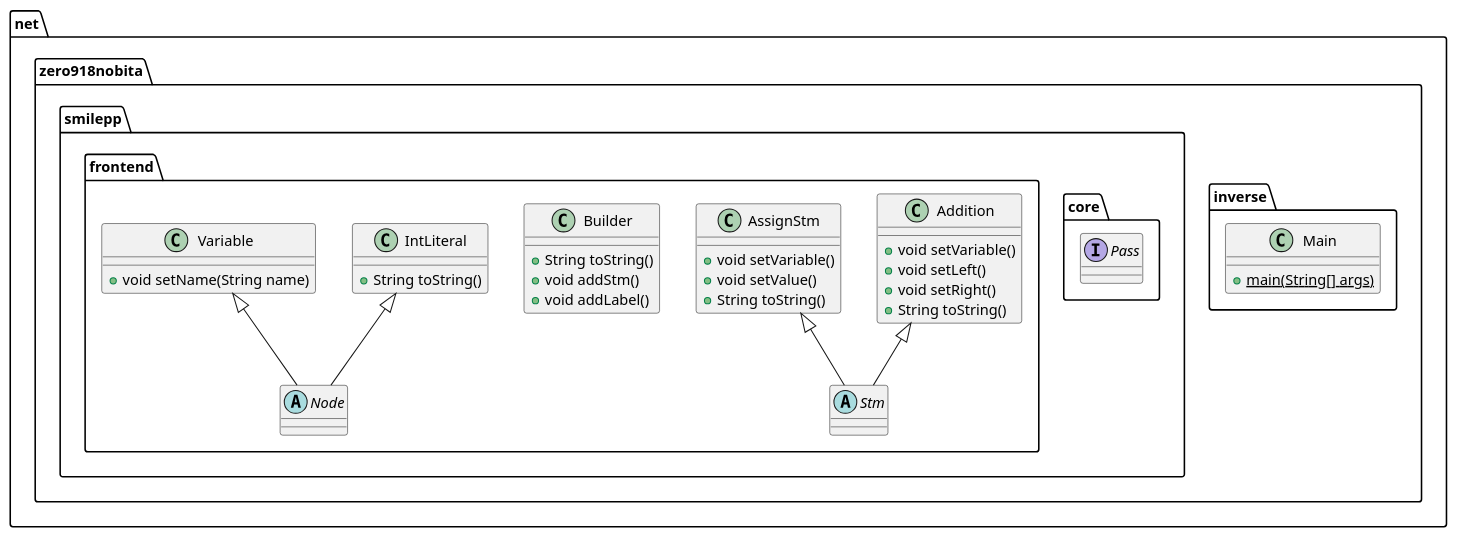
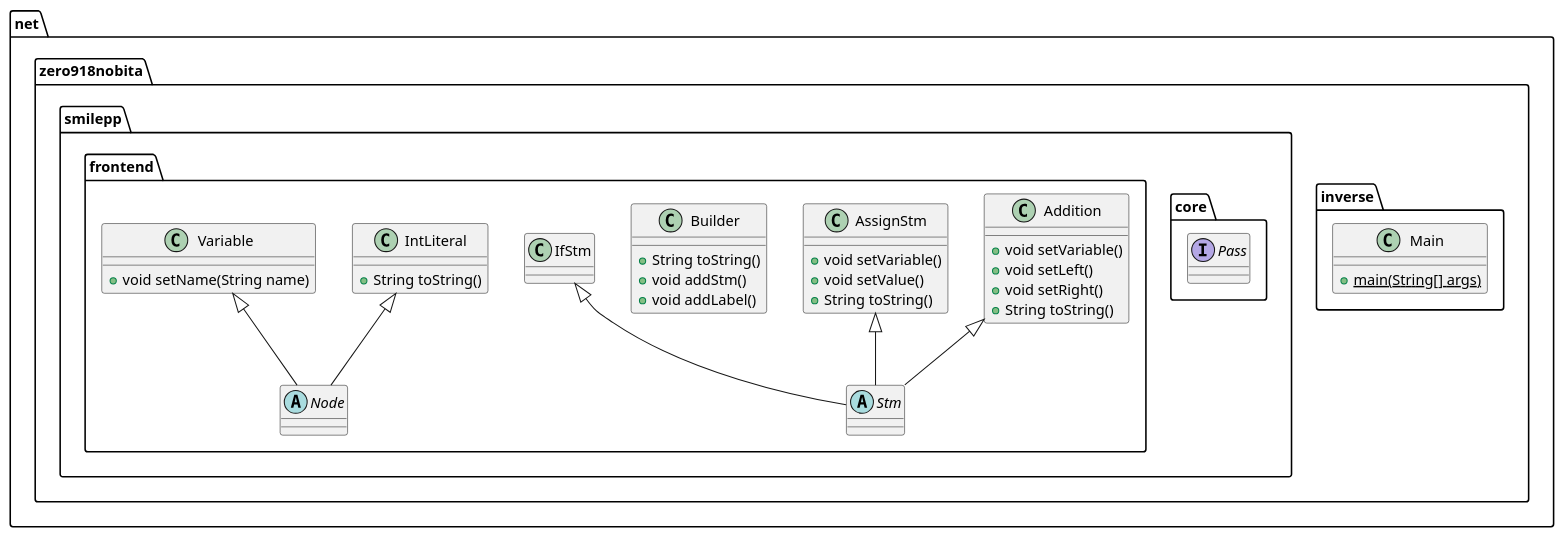
One commit to 0918nobita/Smile-pp changed the diagram in Smilepp/class_diagram.puml. Above: the diagram before and after it, drawn with PlantUML.

Commit message:
Update class diagram

```diff
--- a/Smilepp/class_diagram.puml
+++ b/Smilepp/class_diagram.puml
@@ -1,54 +1,58 @@
 @startuml
 
 package net.zero918nobita {
   package inverse {
     class Main {
       + {static} main(String[] args)
     }
   }
 
   package smilepp {
     package core {
       interface Pass
     }
 
     package frontend {
       class Addition {
         + void setVariable()
         + void setLeft()
         + void setRight()
         + String toString()
       }
 
       class AssignStm {
         + void setVariable()
         + void setValue()
         + String toString()
       }
 
       class Builder {
         + String toString()
         + void addStm()
         + void addLabel()
       }
 
       class IntLiteral {
         + String toString()
       }
 
+      class IfStm {
+      }
+
       abstract class Node
       abstract class Stm
 
       class Variable {
         + void setName(String name)
       }
 
       Addition <|-- Stm
       AssignStm <|-- Stm
+      IfStm <|-- Stm
       IntLiteral <|-- Node
       Variable <|-- Node
     }
   }
 }
 
 @enduml
```
